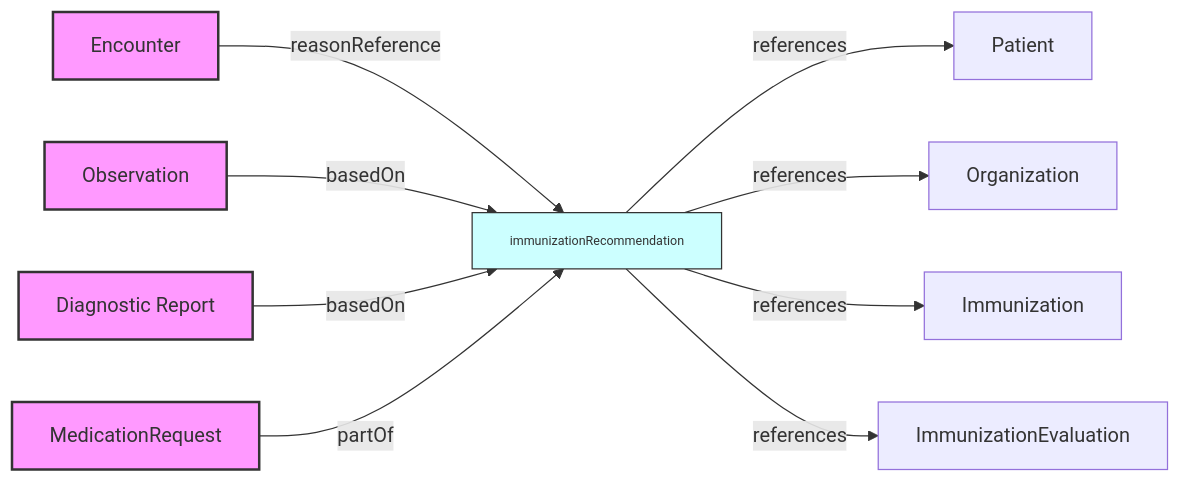
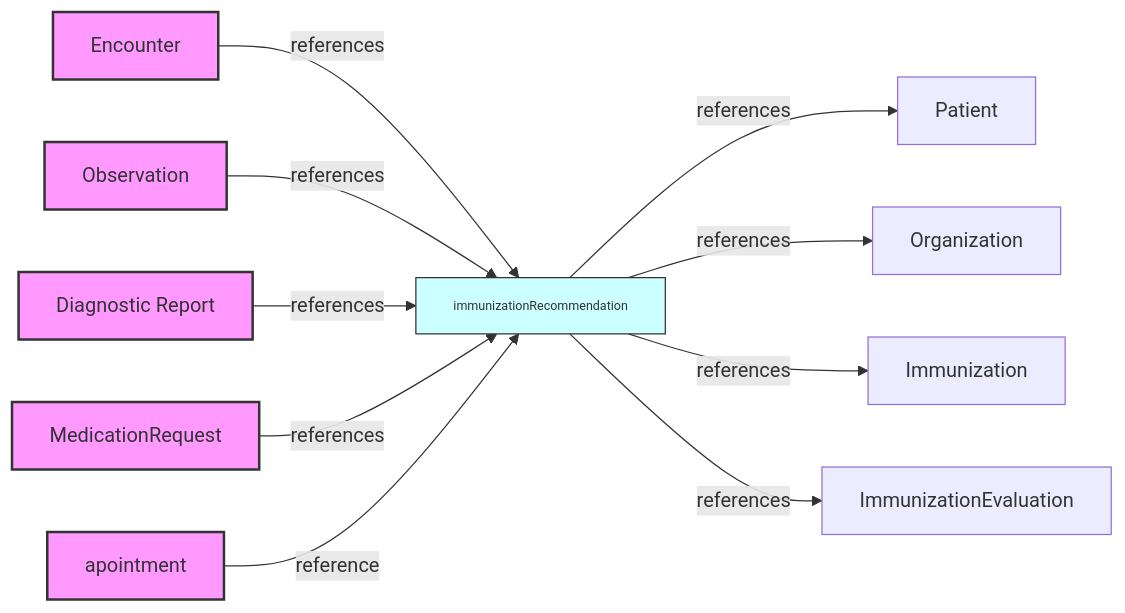
One commit to OvetApp/dataformat changed the diagram in README.md. Above: the diagram before and after it, drawn with Mermaid.

````diff
--- a/README.md
+++ b/README.md
@@ -59,34 +59,36 @@
 ```mermaid
 graph LR
 
 %% Class definitions
 classDef others fill:#f9f,stroke:#333,stroke-width:2px,font-size:16px;
 classDef irNode fill:#cff,stroke:#333,stroke-width:1px,font-size:10px;
 
 %% Nodes
 ir[immunizationRecommendation]:::irNode
 
 enc[Encounter]:::others
 obs[Observation]:::others
 dr[Diagnostic Report]:::others
 mr[MedicationRequest]:::others
+ap[apointment]:::others
 
 
 pat[Patient]
 org[Organization]
 i[Immunization]
 ie[ImmunizationEvaluation]
 
 %% Relationships
 
-enc -- reasonReference --> ir
-obs -- basedOn --> ir
-dr -- basedOn --> ir
-mr -- partOf --> ir
+enc -- references --> ir
+obs -- references --> ir
+dr -- references --> ir
+mr -- references --> ir
+ap -- reference --> ir
 
 ir -- references --> pat
 ir -- references --> org
 ir -- references --> i
 ir -- references --> ie
 
 ```
````
